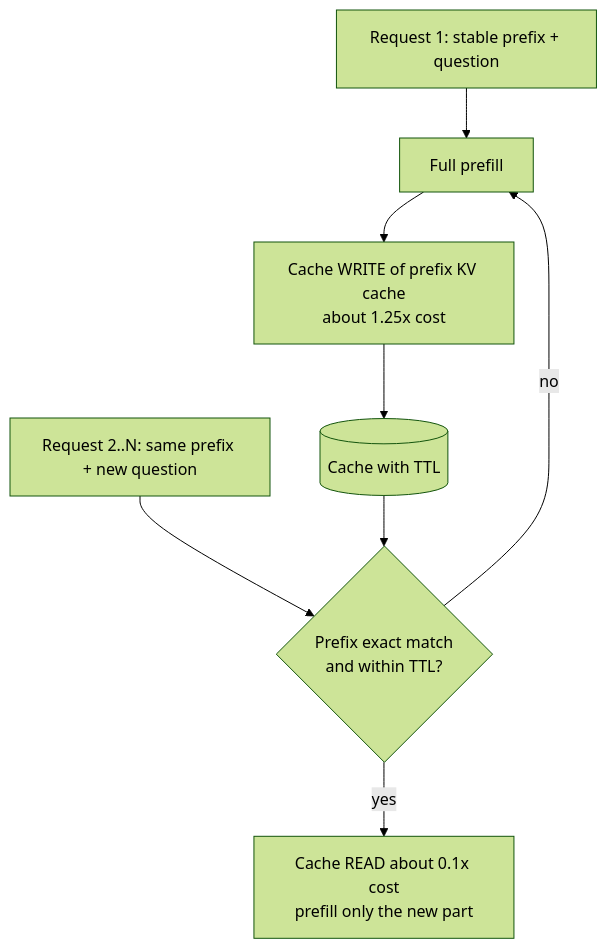
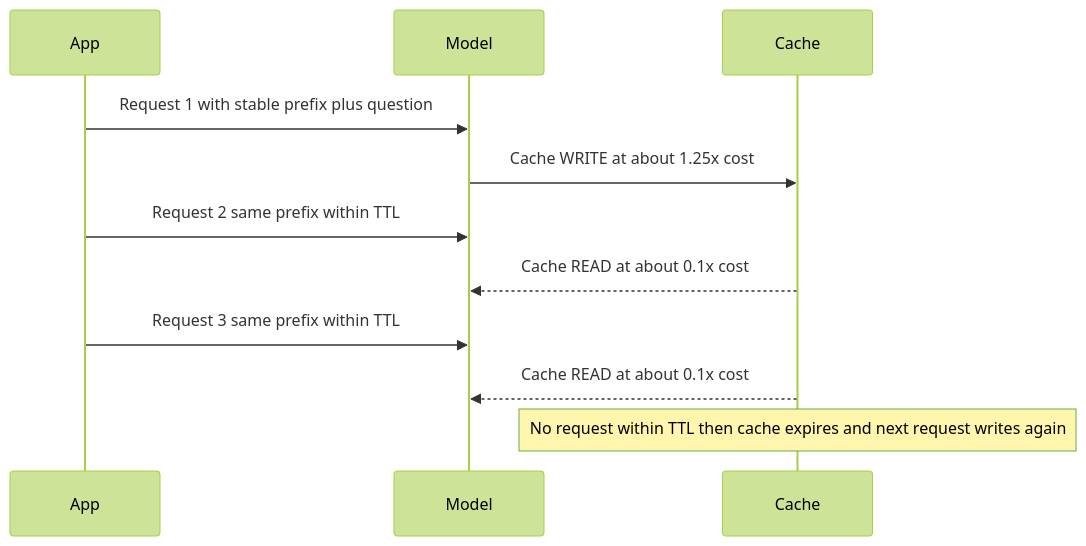
Before and after one commit to kaisarnajar/outcome-school-blogs: the second of 3 diagrams in notes/step-08-prompt-engineering-and-context-engineering/099-how-does-prompt-caching-work.md, drawn with Mermaid (forest theme). The commit also changed other lines of this file and 233 other files, not shown here.

````diff
--- a/notes/step-08-prompt-engineering-and-context-engineering/099-how-does-prompt-caching-work.md
+++ b/notes/step-08-prompt-engineering-and-context-engineering/099-how-does-prompt-caching-work.md
@@ -39,10 +70,13 @@
 ```mermaid
-flowchart TD
-    A["Request 1: stable prefix + question"] --> B["Full prefill"]
-    B --> C["Cache WRITE of prefix KV cache<br/>about 1.25x cost"]
-    C --> D[("Cache with TTL")]
-    E["Request 2..N: same prefix + new question"] --> F{"Prefix exact match<br/>and within TTL?"}
-    D --> F
-    F -->|"yes"| G["Cache READ about 0.1x cost<br/>prefill only the new part"]
-    F -->|"no"| B
+sequenceDiagram
+    participant U as App
+    participant M as Model
+    participant C as Cache
+    U->>M: Request 1 with stable prefix plus question
+    M->>C: Cache WRITE at about 1.25x cost
+    U->>M: Request 2 same prefix within TTL
+    C-->>M: Cache READ at about 0.1x cost
+    U->>M: Request 3 same prefix within TTL
+    C-->>M: Cache READ at about 0.1x cost
+    Note over C: No request within TTL then cache expires and next request writes again
 ```
````
